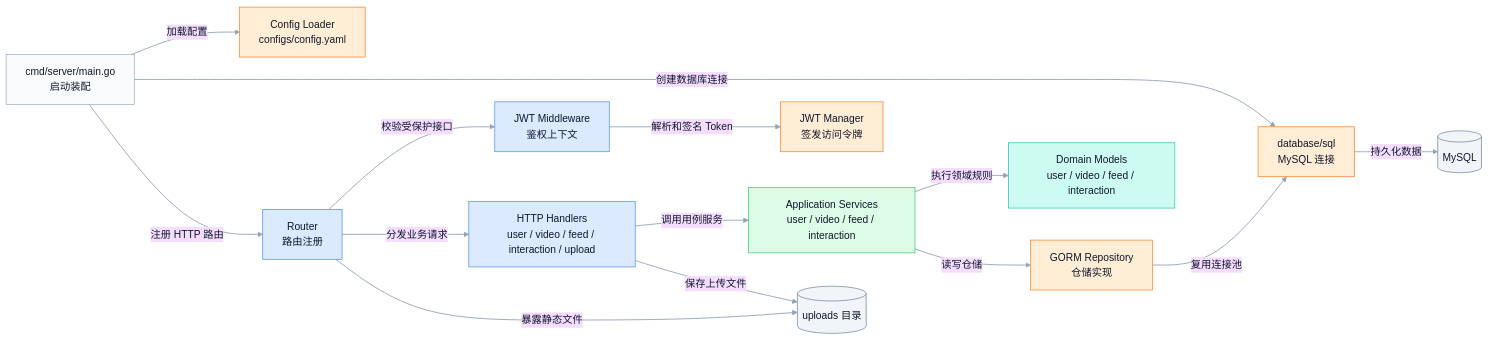
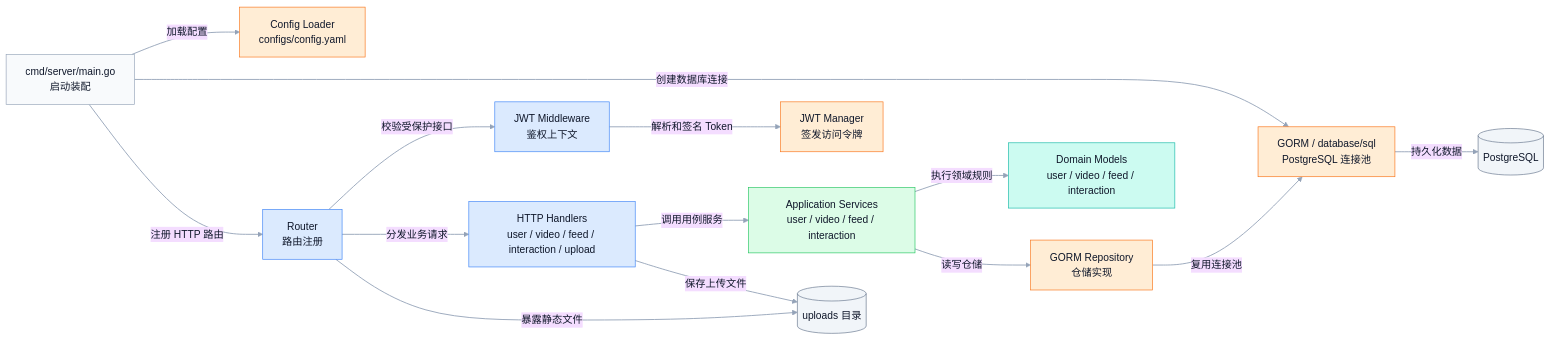
The second of 5 diagrams in docs/architecture.md (Inumoroha/VideoFeed), drawn with Mermaid before and after one commit. The commit also changed other lines of this file and 4 other files, not shown here.

First line of the commit message:
docs(architecture): 同步接口设计文档

````diff
--- a/docs/architecture.md
+++ b/docs/architecture.md
@@ -57,57 +57,57 @@
 ```mermaid
 ---
 config:
   theme: base
   layout: dagre
   themeVariables:
     background: transparent
     fontFamily: Inter, PingFang SC, Microsoft YaHei, Arial
     primaryTextColor: "#0F172A"
     lineColor: "#94A3B8"
     clusterBkg: "#F8FAFC"
     clusterBorder: "#CBD5E1"
 ---
 flowchart LR
   %% Internal layering in apps/api
   classDef entry fill:#F8FAFC,stroke:#94A3B8,color:#0F172A,stroke-width:1px;
   classDef http fill:#DBEAFE,stroke:#3B82F6,color:#0F172A,stroke-width:1px;
   classDef service fill:#DCFCE7,stroke:#22C55E,color:#0F172A,stroke-width:1px;
   classDef domain fill:#CCFBF1,stroke:#14B8A6,color:#0F172A,stroke-width:1px;
   classDef infra fill:#FFEDD5,stroke:#F97316,color:#0F172A,stroke-width:1px;
   classDef store fill:#F1F5F9,stroke:#64748B,color:#0F172A,stroke-width:1px;
 
   Entry["cmd/server/main.go<br/>启动装配"]
   Router["Router<br/>路由注册"]
   Auth["JWT Middleware<br/>鉴权上下文"]
   Handlers["HTTP Handlers<br/>user / video / feed / interaction / upload"]
   Services["Application Services<br/>user / video / feed / interaction"]
   Domains["Domain Models<br/>user / video / feed / interaction"]
   Config["Config Loader<br/>configs/config.yaml"]
   JWT["JWT Manager<br/>签发访问令牌"]
   Repo["GORM Repository<br/>仓储实现"]
-  SQL["database/sql<br/>MySQL 连接"]
-  MySQL[("MySQL")]
+  SQL["GORM / database/sql<br/>PostgreSQL 连接池"]
+  PostgreSQL[("PostgreSQL")]
   Uploads[("uploads 目录")]
 
   Entry -->|"加载配置"| Config
   Entry -->|"创建数据库连接"| SQL
   Entry -->|"注册 HTTP 路由"| Router
   Router -->|"校验受保护接口"| Auth
   Auth -->|"解析和签名 Token"| JWT
   Router -->|"分发业务请求"| Handlers
   Handlers -->|"调用用例服务"| Services
   Services -->|"执行领域规则"| Domains
   Services -->|"读写仓储"| Repo
   Repo -->|"复用连接池"| SQL
-  SQL -->|"持久化数据"| MySQL
+  SQL -->|"持久化数据"| PostgreSQL
   Handlers -->|"保存上传文件"| Uploads
   Router -->|"暴露静态文件"| Uploads
 
   class Entry entry;
   class Router,Auth,Handlers http;
   class Services service;
   class Domains domain;
   class Config,JWT,Repo,SQL infra;
-  class MySQL,Uploads store;
+  class PostgreSQL,Uploads store;
   linkStyle default stroke:#94A3B8,stroke-width:1.4px
 ```
````
